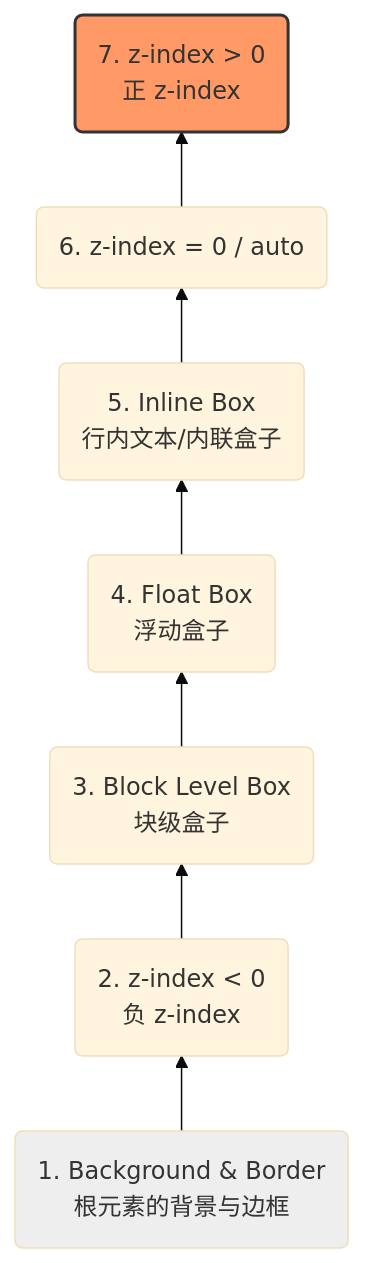
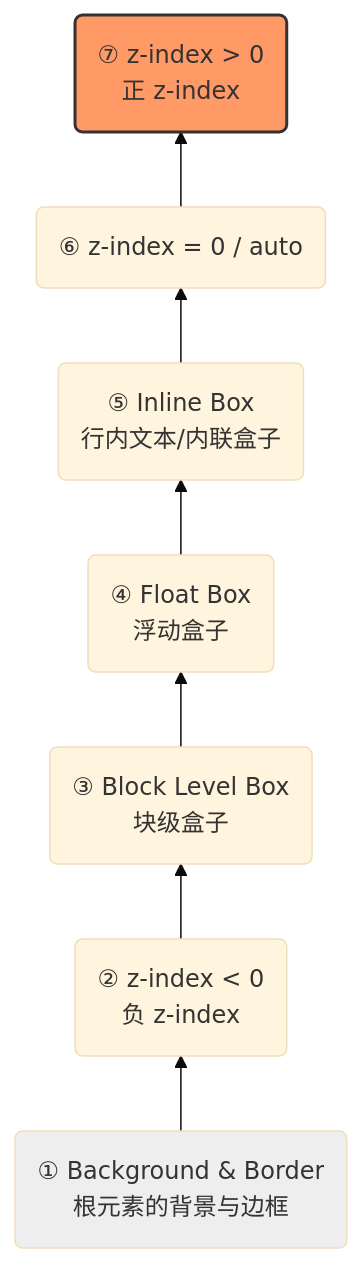
The second of 3 diagrams in 01-HTML-CSS/01-底层渲染与机制/深入理解浏览器渲染机制与CSS底层模型.md (mengzhu-mmc/web-notes), drawn with Mermaid (base theme) before and after one commit.

Commit message:
fix(mermaid): 七阶层叠顺序图节点序号 1./2. 改为圈号 修复 unsupported markdown: list
mermaid v10+ 会把带引号节点的标签当 Markdown 字符串解析,'数字. ' 开头
被识别为有序列表 → 抛 unsupported markdown: list。改用 ①②③ 圈号规避

````diff
--- a/01-HTML-CSS/01-底层渲染与机制/深入理解浏览器渲染机制与CSS底层模型.md
+++ b/01-HTML-CSS/01-底层渲染与机制/深入理解浏览器渲染机制与CSS底层模型.md
@@ -126,12 +126,12 @@
 ```mermaid
 graph BT
-    A("1. Background & Border<br>根元素的背景与边框") --> B("2. z-index &lt; 0<br>负 z-index")
-    B --> C("3. Block Level Box<br>块级盒子")
-    C --> D("4. Float Box<br>浮动盒子")
-    D --> E("5. Inline Box<br>行内文本/内联盒子")
-    E --> F("6. z-index = 0 / auto")
-    F --> G("7. z-index &gt; 0<br>正 z-index")
+    A("① Background & Border<br>根元素的背景与边框") --> B("② z-index &lt; 0<br>负 z-index")
+    B --> C("③ Block Level Box<br>块级盒子")
+    C --> D("④ Float Box<br>浮动盒子")
+    D --> E("⑤ Inline Box<br>行内文本/内联盒子")
+    E --> F("⑥ z-index = 0 / auto")
+    F --> G("⑦ z-index &gt; 0<br>正 z-index")
 
     style A fill:#eee
     style G fill:#f96,stroke:#333,stroke-width:2px
 ```
````
